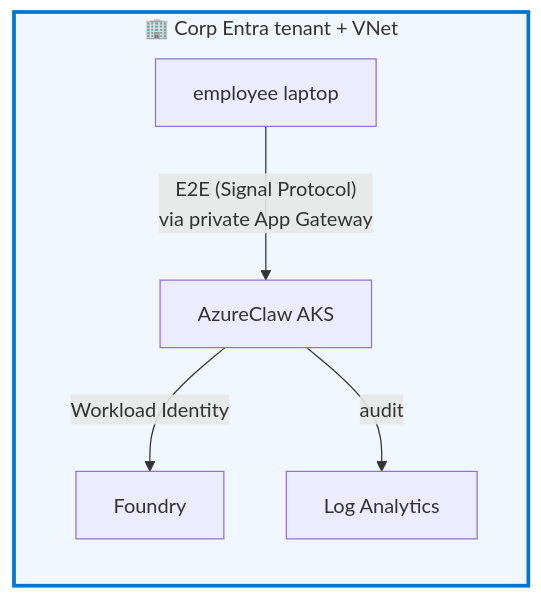
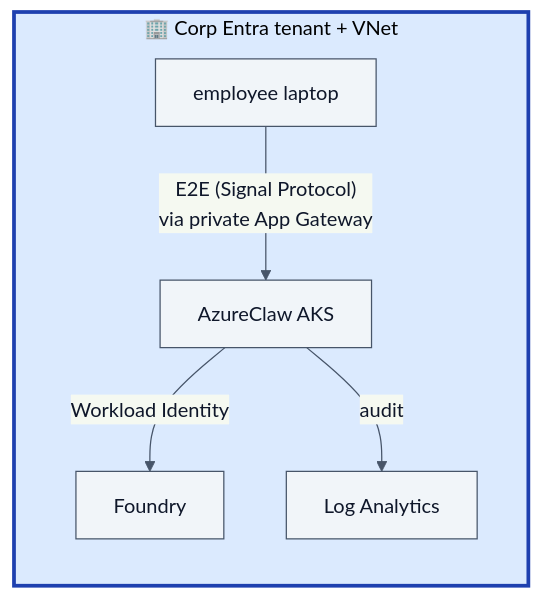
Before and after one commit to Azure/kars: the second of 3 diagrams in docs/blueprints/02-enterprise-self-hosted.md, drawn with Mermaid. The commit also changed other lines of this file and 5 other files, not shown here.

````diff
--- a/docs/blueprints/02-enterprise-self-hosted.md
+++ b/docs/blueprints/02-enterprise-self-hosted.md
@@ -75,17 +76,18 @@
 ```mermaid
+%%{init: {'theme':'base','themeVariables':{'primaryColor':'#f1f5f9','primaryBorderColor':'#475569','primaryTextColor':'#0f172a','lineColor':'#475569','clusterBkg':'#f8fafc','clusterBorder':'#94a3b8','fontFamily':'-apple-system, BlinkMacSystemFont, Segoe UI, sans-serif'}}}%%
 flowchart LR
   subgraph TB1["🏢 Corp Entra tenant + VNet"]
     direction TB
     Eng["employee laptop"]
     AKS["AzureClaw AKS"]
     FND["Foundry"]
     LAW["Log Analytics"]
   end
 
   Eng -->|"E2E (Signal Protocol)<br/>via private App Gateway"| AKS
   AKS -->|"Workload Identity"| FND
   AKS -->|"audit"| LAW
 
-  classDef boundary stroke:#0078d4,stroke-width:3px,fill:#f0f7ff;
+  classDef boundary stroke:#1e40af,stroke-width:3px,fill:#dbeafe;
   class TB1 boundary;
 ```
````
